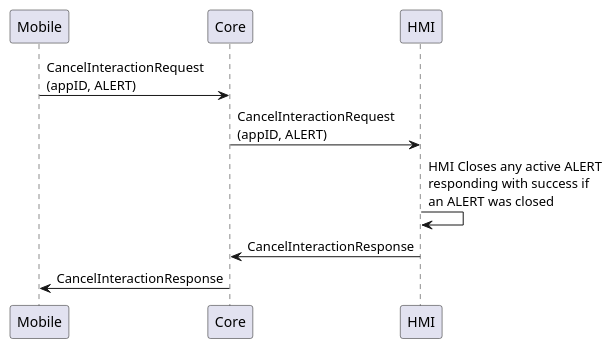
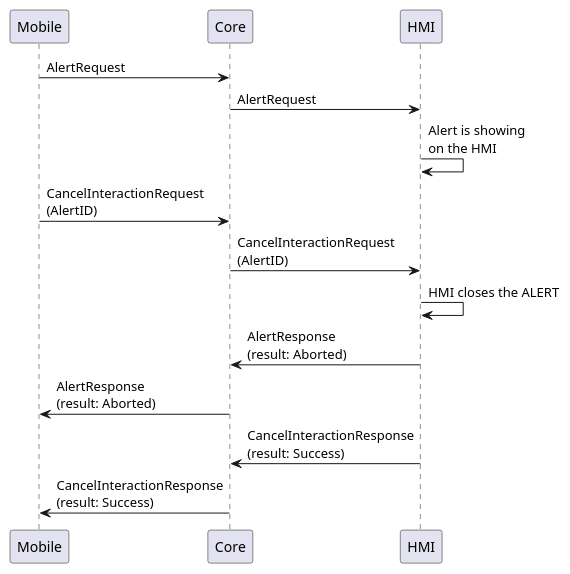
The diagram in docs/UI/CancelInteraction/assets/CancelInteractionAnyAlert.puml (smartdevicelink/sdl_hmi_integration_guidelines), drawn with PlantUML before and after one commit. The commit also changed 8 other files, not shown here.

```diff
--- a/docs/UI/CancelInteraction/assets/CancelInteractionAnyAlert.puml
+++ b/docs/UI/CancelInteraction/assets/CancelInteractionAnyAlert.puml
@@ -1,17 +1,27 @@
 @startuml
 
 participant Mobile
 participant Core
 participant HMI
 
-Mobile -> Core : CancelInteractionRequest\n(appID, ALERT)
+Mobile -> Core : AlertRequest
 
-Core -> HMI : CancelInteractionRequest\n(appID, ALERT)
+Core -> HMI : AlertRequest
 
-HMI -> HMI : HMI Closes any active ALERT\nresponding with success if\nan ALERT was closed
+HMI -> HMI : Alert is showing\non the HMI
 
-HMI -> Core : CancelInteractionResponse
+Mobile -> Core : CancelInteractionRequest\n(AlertID)
 
-Core -> Mobile : CancelInteractionResponse
+Core -> HMI : CancelInteractionRequest\n(AlertID)
+
+HMI -> HMI : HMI closes the ALERT
+
+HMI -> Core : AlertResponse\n(result: Aborted)
+
+Core -> Mobile : AlertResponse\n(result: Aborted)
+
+HMI -> Core : CancelInteractionResponse\n(result: Success)
+
+Core -> Mobile : CancelInteractionResponse\n(result: Success)
 
 @enduml
```
